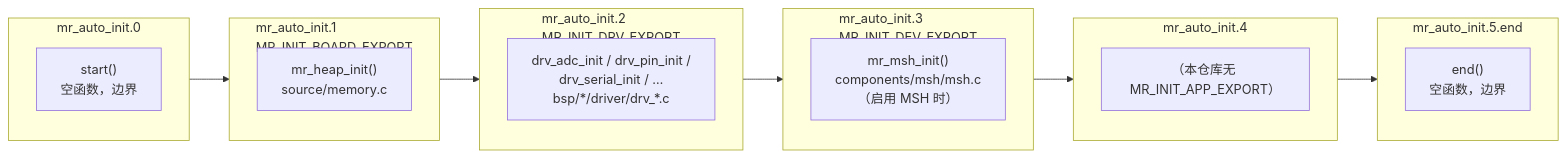
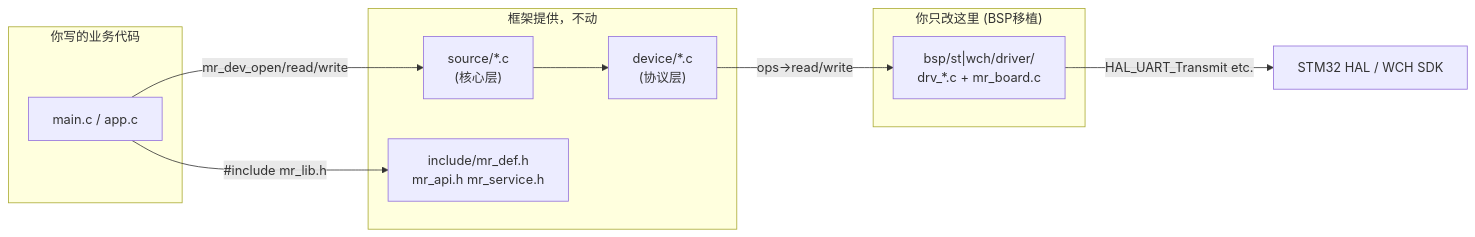
Before and after one commit to Mastang1/notes_md: the fourth of 4 diagrams in temp.md, drawn with Mermaid. The commit also changed other lines of this file and 1 other file, not shown here.

````diff
--- a/temp.md
+++ b/temp.md
@@ -78,43 +309,39 @@
 ```mermaid
 
-flowchart LR
+graph LR
 
-    subgraph S0["mr_auto_init.0"]
+    subgraph "你只改这里 (BSP移植)"
 
-        F0["start()<br/>空函数，边界"]
+        L4["bsp/st|wch/driver/<br/>drv_*.c + mr_board.c"]
 
     end
 
-    subgraph S1["mr_auto_init.1<br/>MR_INIT_BOARD_EXPORT"]
+    subgraph "框架提供，不动"
 
-        F1["mr_heap_init()<br/>source/memory.c"]
+        L3["device/*.c<br/>(协议层)"]
+
+        L2["source/*.c<br/>(核心层)"]
+
+        L1["include/mr_def.h<br/>mr_api.h mr_service.h"]
 
     end
 
-    subgraph S2["mr_auto_init.2<br/>MR_INIT_DRV_EXPORT"]
+    subgraph "你写的业务代码"
 
-        F2["drv_adc_init / drv_pin_init /<br/>drv_serial_init / …<br/>bsp/*/driver/drv_*.c"]
+        L5["main.c / app.c"]
 
     end
 
-    subgraph S3["mr_auto_init.3<br/>MR_INIT_DEV_EXPORT"]
+  
 
-        F3["mr_msh_init()<br/>components/msh/msh.c<br/>（启用 MSH 时）"]
+    L5 -->|"#include mr_lib.h"| L1
 
-    end
+    L5 -->|"mr_dev_open/read/write"| L2
 
-    subgraph S4["mr_auto_init.4"]
+    L2 --> L3
 
-        F4["（本仓库无 MR_INIT_APP_EXPORT）"]
+    L3 -->|"ops->read/write"| L4
 
-    end
-
-    subgraph S5["mr_auto_init.5.end"]
-
-        F5["end()<br/>空函数，边界"]
-
-    end
-
-    S0 --> S1 --> S2 --> S3 --> S4 --> S5
+    L4 -->|"HAL_UART_Transmit etc."| HW["STM32 HAL / WCH SDK"]
 
 ```
````
